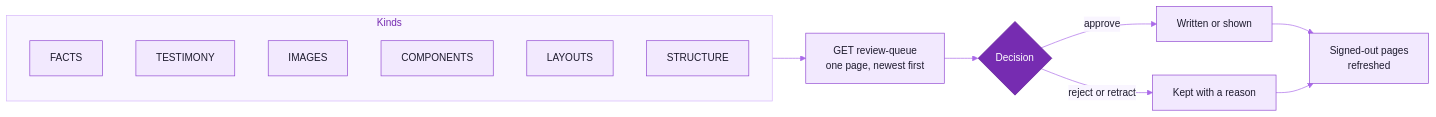
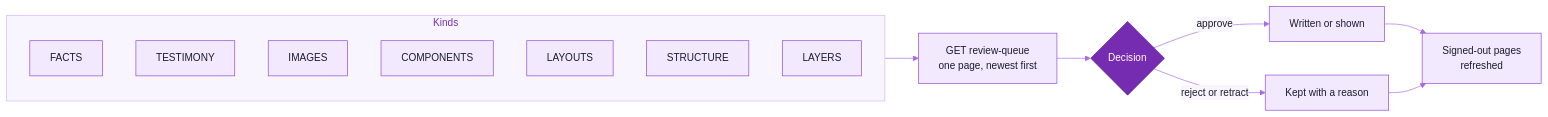
One commit to cxacraftecosystem-ui/KalaVigyan changed the diagram in docs/contracts/review-queue.md. Above: the diagram before and after it, drawn with Mermaid. The commit also changed other lines of this file and 41 other files, not shown here.

````diff
--- a/docs/contracts/review-queue.md
+++ b/docs/contracts/review-queue.md
@@ -21,20 +22,21 @@
 ```mermaid
 %%{init: {"theme":"base","fontFamily":"Inter, ui-sans-serif, system-ui, -apple-system, Segoe UI, Roboto, Helvetica, Arial, sans-serif","themeVariables":{"fontSize":"15px","primaryColor":"#F2E9FE","primaryTextColor":"#1E1B2E","primaryBorderColor":"#9148D2","secondaryColor":"#FAEECD","secondaryTextColor":"#1E1B2E","secondaryBorderColor":"#CD9200","tertiaryColor":"#F3F1FA","tertiaryTextColor":"#1E1B2E","tertiaryBorderColor":"#A7A3BC","mainBkg":"#F2E9FE","nodeBorder":"#9148D2","nodeTextColor":"#1E1B2E","lineColor":"#AA69E9","textColor":"#857F9E","edgeLabelBackground":"#F9F5FF","clusterBkg":"#F9F5FF","clusterBorder":"#D6B6FB","titleColor":"#762CB1"}}}%%
 flowchart LR
   subgraph Kinds
     FA["FACTS"]
     TE["TESTIMONY"]
     IM["IMAGES"]
     CO["COMPONENTS"]
     LA["LAYOUTS"]
     ST["STRUCTURE"]
+    LY["LAYERS"]
   end
   Kinds --> Q["GET review-queue<br/>one page, newest first"]
   Q --> D{"Decision"}
   D -->|approve| A["Written or shown"]
   D -->|reject or retract| R["Kept with a reason"]
   A --> RV["Signed-out pages<br/>refreshed"]
   R --> RV
   classDef accent fill:#762CB1,stroke:#5F1C93,color:#FFFFFF
   class D accent
 ```
````
